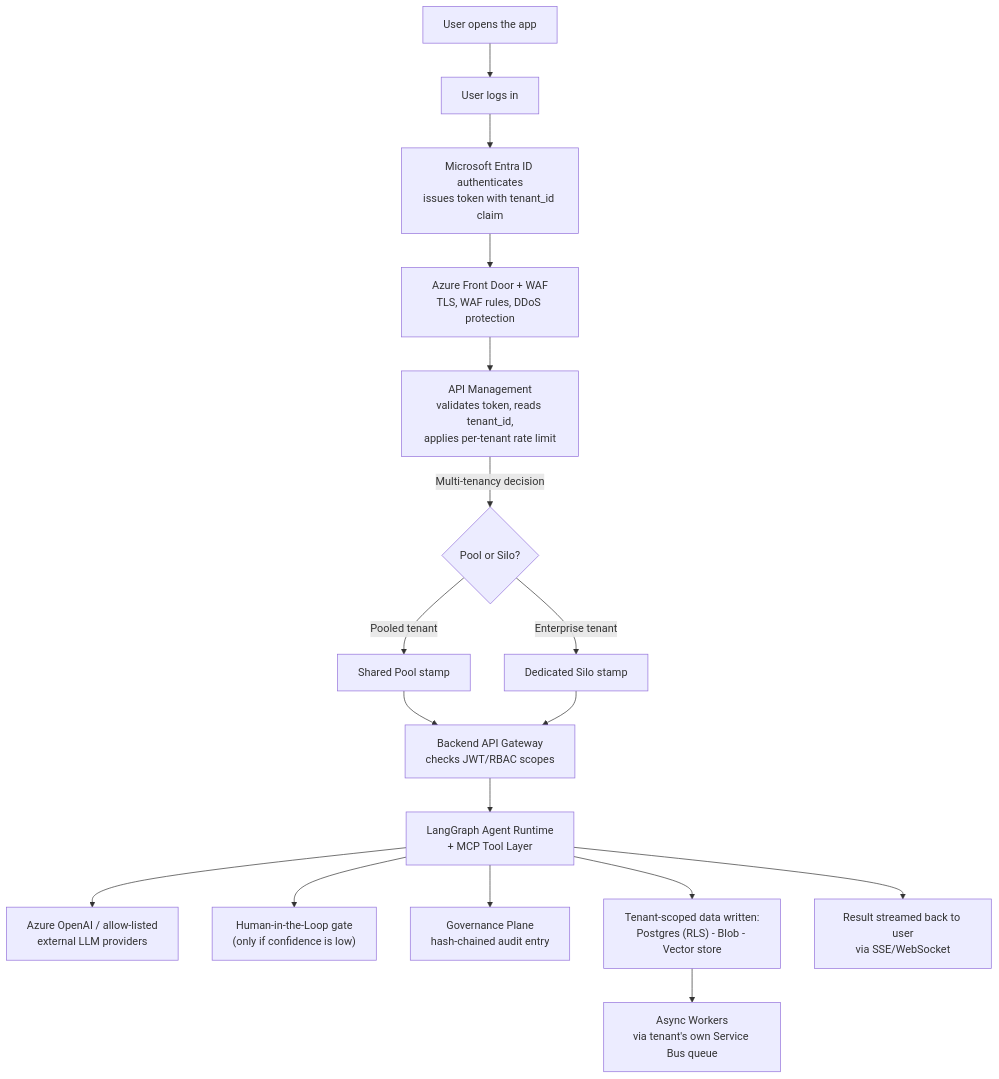
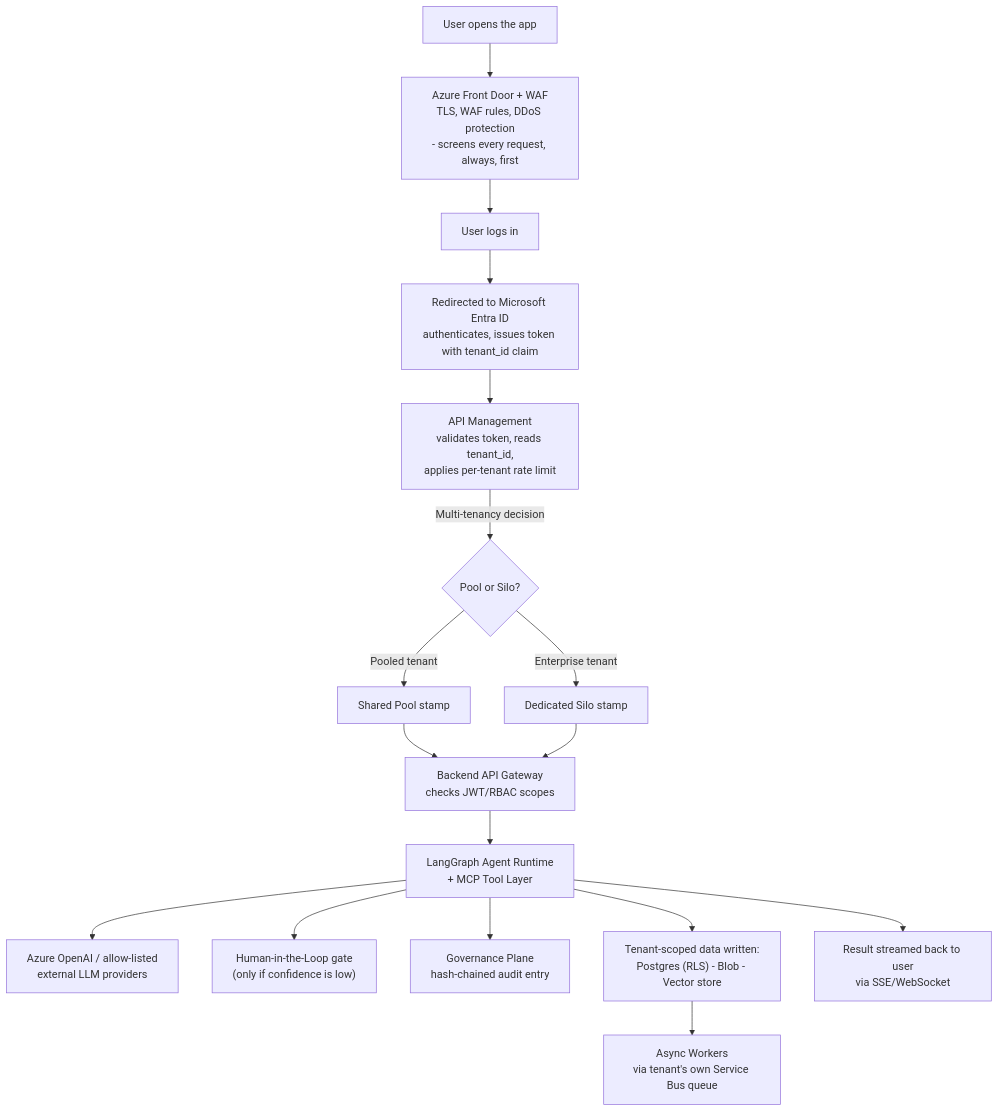
Before and after one commit to shaleen-wonder-ent/agentic-ai-saas-architecture: the sixth of 6 diagrams in docs/07-multitenancy-explained.md, drawn with Mermaid. The commit also changed other lines of this file, not shown here.

Commit message:
user story placement fixed

````diff
--- a/docs/07-multitenancy-explained.md
+++ b/docs/07-multitenancy-explained.md
@@ -217,19 +219,19 @@
 ```mermaid
 flowchart TD
-    A["User opens the app"] --> B["User logs in"]
-    B --> C["Microsoft Entra ID authenticates<br/>issues token with tenant_id claim"]
-    C --> D["Azure Front Door + WAF<br/>TLS, WAF rules, DDoS protection"]
-    D --> E["API Management<br/>validates token, reads tenant_id,<br/>applies per-tenant rate limit"]
+    A["User opens the app"] --> AFD["Azure Front Door + WAF<br/>TLS, WAF rules, DDoS protection<br/>- screens every request, always, first"]
+    AFD --> B["User logs in"]
+    B --> C["Redirected to Microsoft Entra ID<br/>authenticates, issues token with tenant_id claim"]
+    C --> E["API Management<br/>validates token, reads tenant_id,<br/>applies per-tenant rate limit"]
     E -->|"Multi-tenancy decision"| F{"Pool or Silo?"}
     F -->|"Pooled tenant"| G["Shared Pool stamp"]
     F -->|"Enterprise tenant"| H["Dedicated Silo stamp"]
     G --> I["Backend API Gateway<br/>checks JWT/RBAC scopes"]
     H --> I
     I --> J["LangGraph Agent Runtime<br/>+ MCP Tool Layer"]
     J --> K["Azure OpenAI / allow-listed<br/>external LLM providers"]
     J --> L["Human-in-the-Loop gate<br/>(only if confidence is low)"]
     J --> M["Governance Plane<br/>hash-chained audit entry"]
     J --> N["Tenant-scoped data written:<br/>Postgres (RLS) - Blob - Vector store"]
     N --> O["Async Workers<br/>via tenant's own Service Bus queue"]
     J --> P["Result streamed back to user<br/>via SSE/WebSocket"]
 ```
````
